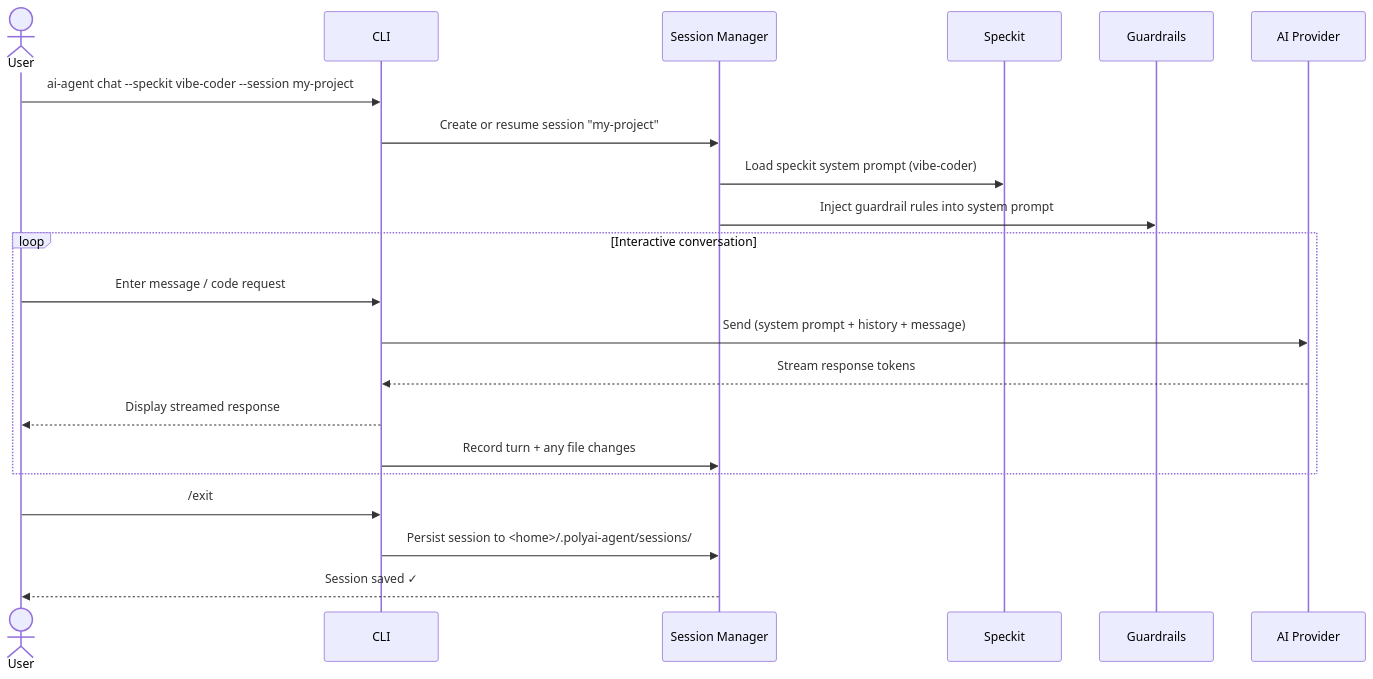
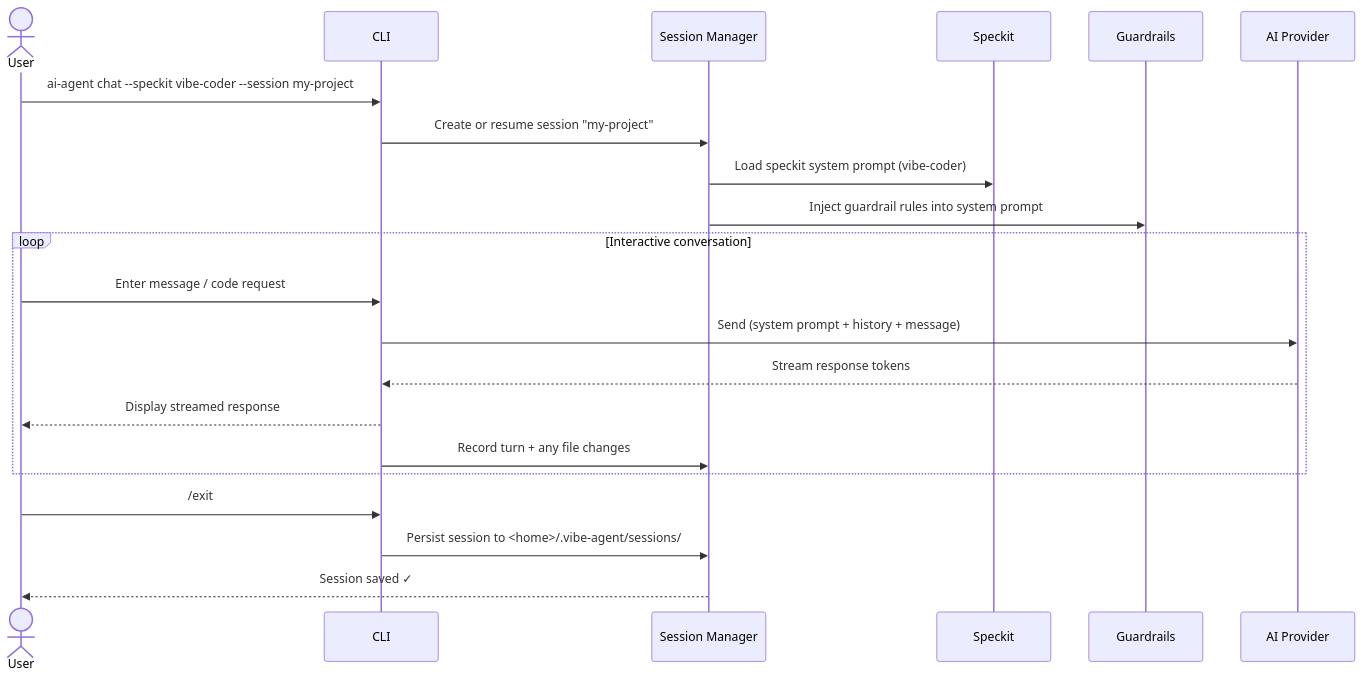
Before and after one commit to fury-r/fusion-agent: the second of 3 diagrams in README.md, drawn with Mermaid. The commit also changed other lines of this file and 9 other files, not shown here.

First line of the commit message:
rename: polyai-agent → vibe-agent to avoid conflict with PolyAI company

````diff
--- a/README.md
+++ b/README.md
@@ -70,26 +73,26 @@
 ```mermaid
 sequenceDiagram
     actor U as User
     participant CLI as CLI
     participant SM as Session Manager
     participant SK as Speckit
     participant G as Guardrails
     participant P as AI Provider
 
     U->>CLI: ai-agent chat --speckit vibe-coder --session my-project
     CLI->>SM: Create or resume session "my-project"
     SM->>SK: Load speckit system prompt (vibe-coder)
     SM->>G: Inject guardrail rules into system prompt
 
     loop Interactive conversation
         U->>CLI: Enter message / code request
         CLI->>P: Send (system prompt + history + message)
         P-->>CLI: Stream response tokens
         CLI-->>U: Display streamed response
         CLI->>SM: Record turn + any file changes
     end
 
     U->>CLI: /exit
-    CLI->>SM: Persist session to <home>/.polyai-agent/sessions/
+    CLI->>SM: Persist session to <home>/.vibe-agent/sessions/
     SM-->>U: Session saved ✓
 ```
````
